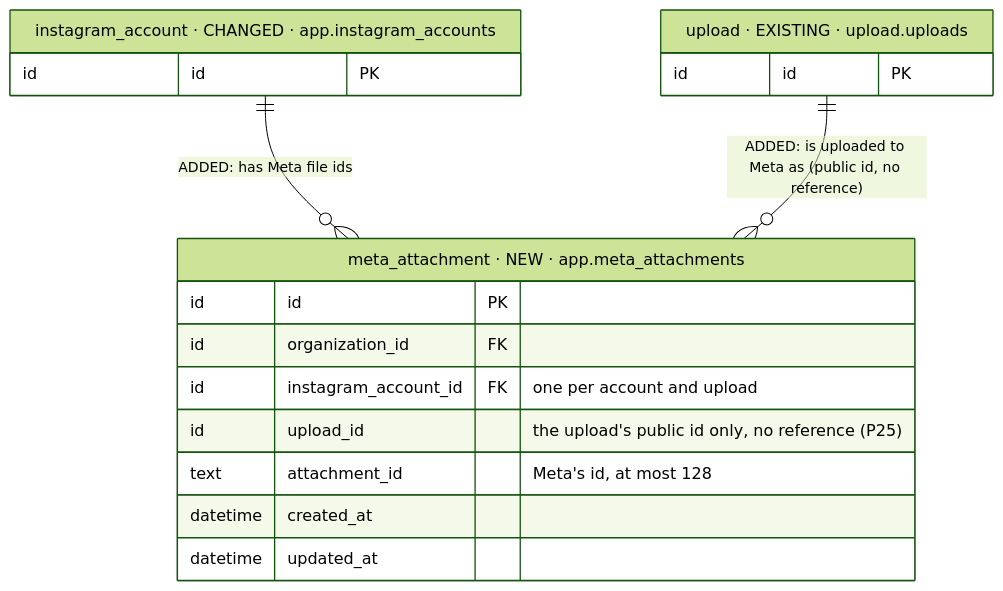
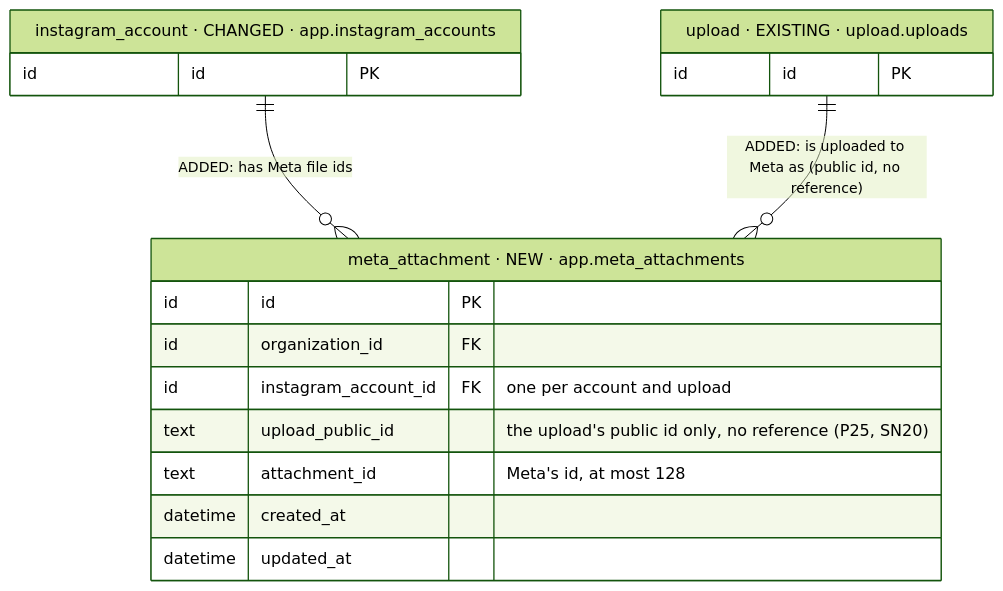
Diagram 30 of 39 in iterations/feat-instagram-dm-sending-2026-11-23-oxak/plans/db-changes.md (albetrios/meepzo-be), drawn with Mermaid (forest theme) before and after one commit. The commit also changed other lines of this file and 2 other files, not shown here.

````diff
--- a/iterations/feat-instagram-dm-sending-2026-11-23-oxak/plans/db-changes.md
+++ b/iterations/feat-instagram-dm-sending-2026-11-23-oxak/plans/db-changes.md
@@ -1315,20 +1357,20 @@
 ```mermaid
 erDiagram
   meta_attachment["meta_attachment · NEW · app.meta_attachments"] {
     id id PK
     id organization_id FK
     id instagram_account_id FK "one per account and upload"
-    id upload_id "the upload's public id only, no reference (P25)"
+    text upload_public_id "the upload's public id only, no reference (P25, SN20)"
     text attachment_id "Meta's id, at most 128"
     datetime created_at
     datetime updated_at
   }
   upload["upload · EXISTING · upload.uploads"] {
     id id PK
   }
   instagram_account["instagram_account · CHANGED · app.instagram_accounts"] {
     id id PK
   }
   instagram_account ||--o{ meta_attachment : "ADDED: has Meta file ids"
   upload ||--o{ meta_attachment : "ADDED: is uploaded to Meta as (public id, no reference)"
 ```
````
